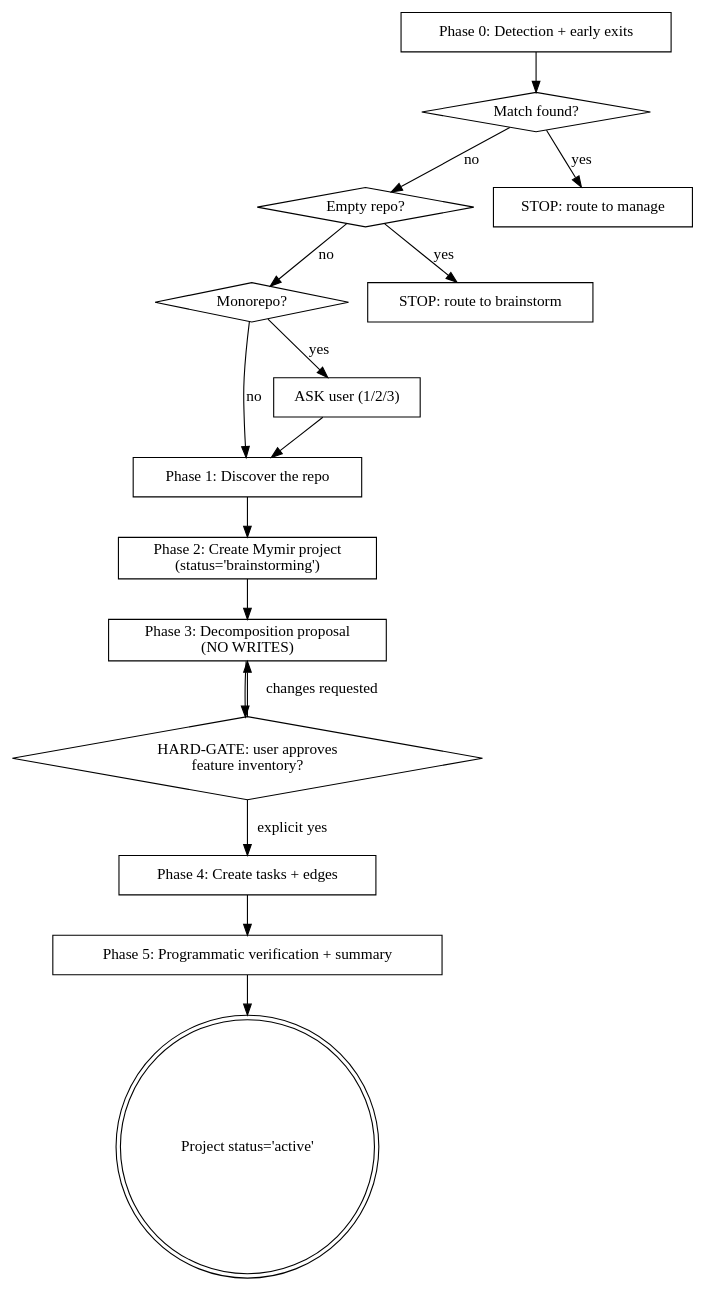
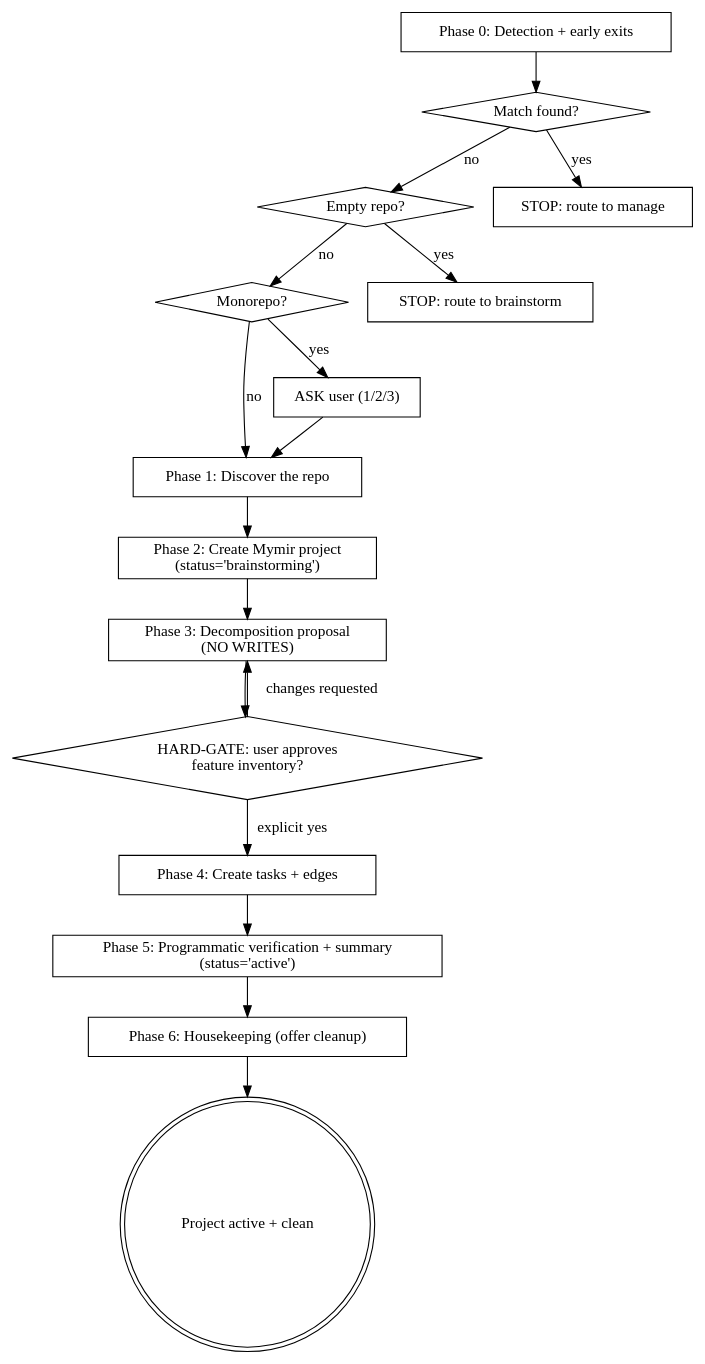
One commit to FrkAk/piyaz changed the diagram in plugins/claude-code/agents/onboarding.md. Above: the diagram before and after it, drawn with Graphviz. The commit also changed other lines of this file and 4 other files, not shown here.

````diff
--- a/plugins/claude-code/agents/onboarding.md
+++ b/plugins/claude-code/agents/onboarding.md
@@ -47,34 +47,36 @@
 ```dot
 digraph onboarding {
     "Phase 0: Detection + early exits" [shape=box];
     "Match found?" [shape=diamond];
     "Empty repo?" [shape=diamond];
     "Monorepo?" [shape=diamond];
     "Phase 1: Discover the repo" [shape=box];
     "Phase 2: Create Mymir project\n(status='brainstorming')" [shape=box];
     "Phase 3: Decomposition proposal\n(NO WRITES)" [shape=box];
     "HARD-GATE: user approves\nfeature inventory?" [shape=diamond];
     "Phase 4: Create tasks + edges" [shape=box];
-    "Phase 5: Programmatic verification + summary" [shape=box];
-    "Project status='active'" [shape=doublecircle];
+    "Phase 5: Programmatic verification + summary\n(status='active')" [shape=box];
+    "Phase 6: Housekeeping (offer cleanup)" [shape=box];
+    "Project active + clean" [shape=doublecircle];
     "STOP: route to manage" [shape=box];
     "STOP: route to brainstorm" [shape=box];
     "ASK user (1/2/3)" [shape=box];
 
     "Phase 0: Detection + early exits" -> "Match found?";
     "Match found?" -> "STOP: route to manage" [label="yes"];
     "Match found?" -> "Empty repo?" [label="no"];
     "Empty repo?" -> "STOP: route to brainstorm" [label="yes"];
     "Empty repo?" -> "Monorepo?" [label="no"];
     "Monorepo?" -> "ASK user (1/2/3)" [label="yes"];
     "ASK user (1/2/3)" -> "Phase 1: Discover the repo";
     "Monorepo?" -> "Phase 1: Discover the repo" [label="no"];
     "Phase 1: Discover the repo" -> "Phase 2: Create Mymir project\n(status='brainstorming')";
     "Phase 2: Create Mymir project\n(status='brainstorming')" -> "Phase 3: Decomposition proposal\n(NO WRITES)";
     "Phase 3: Decomposition proposal\n(NO WRITES)" -> "HARD-GATE: user approves\nfeature inventory?";
     "HARD-GATE: user approves\nfeature inventory?" -> "Phase 3: Decomposition proposal\n(NO WRITES)" [label="changes requested"];
     "HARD-GATE: user approves\nfeature inventory?" -> "Phase 4: Create tasks + edges" [label="explicit yes"];
-    "Phase 4: Create tasks + edges" -> "Phase 5: Programmatic verification + summary";
-    "Phase 5: Programmatic verification + summary" -> "Project status='active'";
+    "Phase 4: Create tasks + edges" -> "Phase 5: Programmatic verification + summary\n(status='active')";
+    "Phase 5: Programmatic verification + summary\n(status='active')" -> "Phase 6: Housekeeping (offer cleanup)";
+    "Phase 6: Housekeeping (offer cleanup)" -> "Project active + clean";
 }
 ```
````
